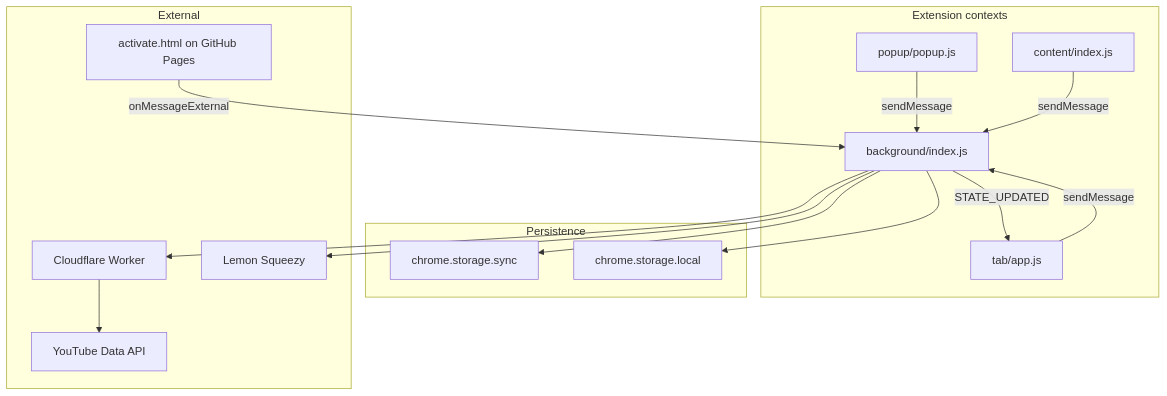
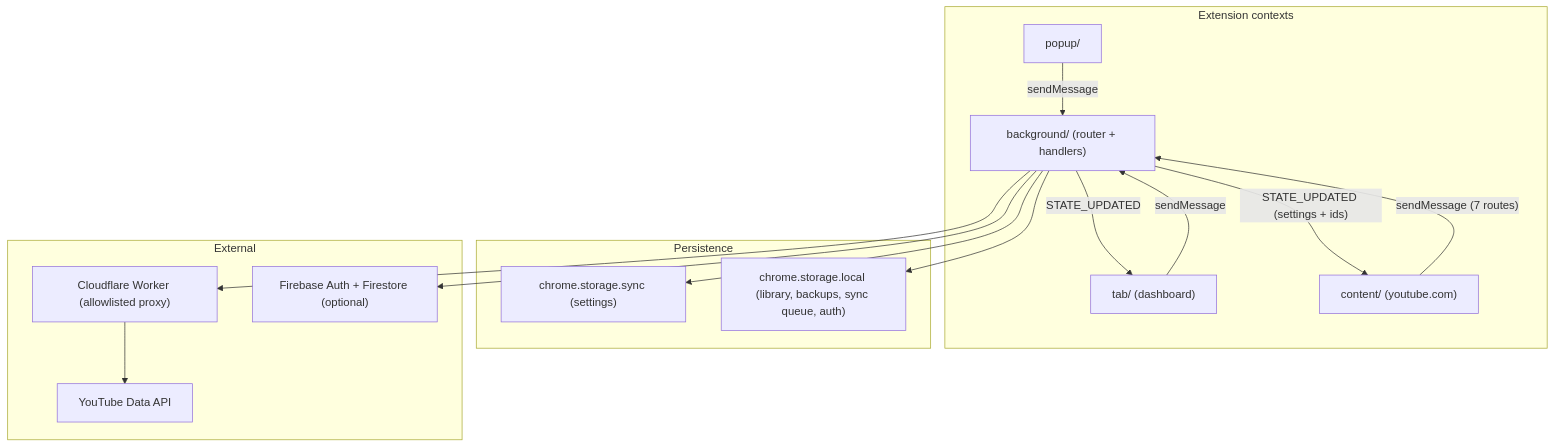
The diagram in docs/knowledge/01-architecture.md (LorenzoPrincigalli/YtSeries), drawn with Mermaid before and after one commit. The commit also changed other lines of this file and 12 other files, not shown here.

First line of the commit message:
docs(knowledge): document router/handlers, sender contexts, resilience, UI kit and Worker hardening

````diff
--- a/docs/knowledge/01-architecture.md
+++ b/docs/knowledge/01-architecture.md
@@ -5,31 +5,27 @@
 ```mermaid
 flowchart TB
   subgraph ext [Extension contexts]
-    SW["background/index.js"]
-    Tab["tab/app.js"]
-    Popup["popup/popup.js"]
-    CS["content/index.js"]
+    SW["background/ (router + handlers)"]
+    Tab["tab/ (dashboard)"]
+    Popup["popup/"]
+    CS["content/ (youtube.com)"]
   end
-
   subgraph storage [Persistence]
-    Sync["chrome.storage.sync"]
-    Local["chrome.storage.local"]
+    Sync["chrome.storage.sync (settings)"]
+    Local["chrome.storage.local (library, backups, sync queue, auth)"]
   end
-
   subgraph external [External]
-    Worker["Cloudflare Worker"]
+    Worker["Cloudflare Worker (allowlisted proxy)"]
     YT["YouTube Data API"]
-    LS["Lemon Squeezy"]
-    Pages["activate.html on GitHub Pages"]
+    FB["Firebase Auth + Firestore (optional)"]
   end
-
   Tab -->|sendMessage| SW
   Popup -->|sendMessage| SW
-  CS -->|sendMessage| SW
-  Pages -->|onMessageExternal| SW
+  CS -->|"sendMessage (7 routes)"| SW
   SW --> Sync
   SW --> Local
   SW --> Worker --> YT
-  SW --> LS
+  SW --> FB
   SW -->|STATE_UPDATED| Tab
+  SW -->|"STATE_UPDATED (settings + ids)"| CS
 ```
````
